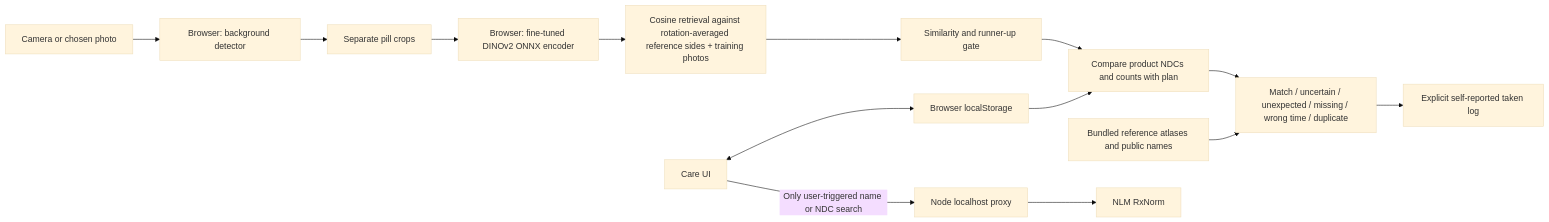
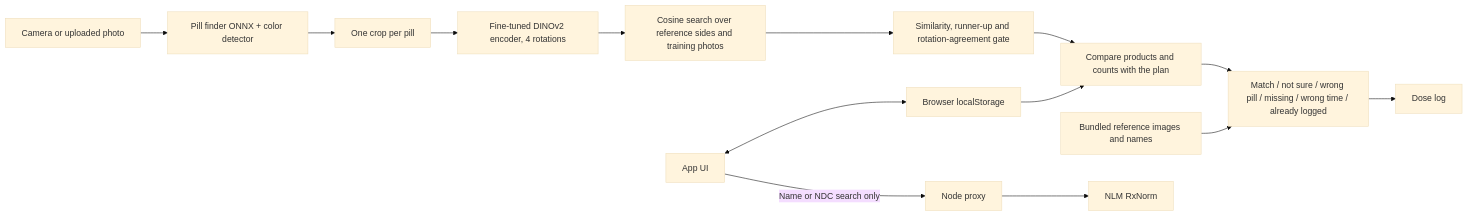
One commit to brandonlign/pillcheck changed the diagram in docs/ARCHITECTURE.md. Above: the diagram before and after it, drawn with Mermaid (base theme). The commit also changed other lines of this file and 23 other files, not shown here.

````diff
--- a/docs/ARCHITECTURE.md
+++ b/docs/ARCHITECTURE.md
@@ -3,16 +3,16 @@
 ```mermaid
 flowchart LR
-  Photo[Camera or chosen photo] --> Detector[Browser: background detector]
-  Detector --> Crops[Separate pill crops]
-  Crops --> ONNX[Browser: fine-tuned DINOv2 ONNX encoder]
-  ONNX --> Gallery[Cosine retrieval against rotation-averaged reference sides + training photos]
-  Gallery --> Gate[Similarity and runner-up gate]
-  Gate --> Plan[Compare product NDCs and counts with plan]
-  Plan --> Result[Match / uncertain / unexpected / missing / wrong time / duplicate]
-  Result --> Log[Explicit self-reported taken log]
-  UI[Care UI] <--> Store[Browser localStorage]
+  Photo[Camera or uploaded photo] --> Finder[Pill finder ONNX + color detector]
+  Finder --> Crops[One crop per pill]
+  Crops --> ONNX[Fine-tuned DINOv2 encoder, 4 rotations]
+  ONNX --> Gallery[Cosine search over reference sides and training photos]
+  Gallery --> Gate[Similarity, runner-up and rotation-agreement gate]
+  Gate --> Plan[Compare products and counts with the plan]
+  Plan --> Result[Match / not sure / wrong pill / missing / wrong time / already logged]
+  Result --> Log[Dose log]
+  UI[App UI] <--> Store[Browser localStorage]
   Store --> Plan
-  Metadata[Bundled reference atlases and public names] --> Result
-  UI -->|Only user-triggered name or NDC search| Proxy[Node localhost proxy]
+  Metadata[Bundled reference images and names] --> Result
+  UI -->|Name or NDC search only| Proxy[Node proxy]
   Proxy --> NLM[NLM RxNorm]
 ```
````
